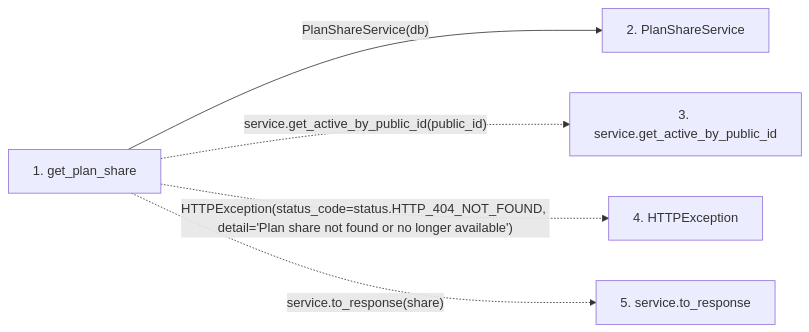
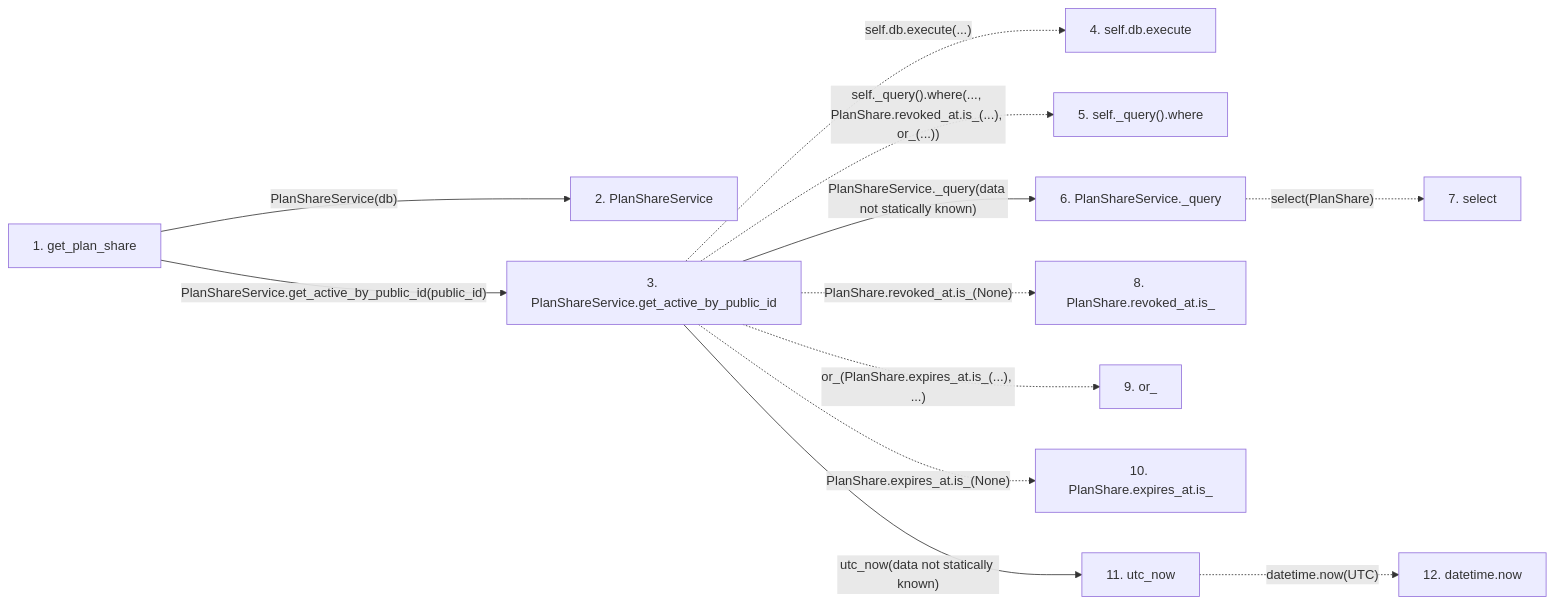
Before and after one commit to Denissvgn/WorkChord: the second of 2 diagrams in docs/llm_wiki/flows/http-get_plan_share.md, drawn with Mermaid. The commit also changed other lines of this file and 25171 other files, not shown here.

````diff
--- a/docs/llm_wiki/flows/http-get_plan_share.md
+++ b/docs/llm_wiki/flows/http-get_plan_share.md
@@ -26,14 +80,31 @@
 ```mermaid
 flowchart LR
     s1["1. get_plan_share"]
     s2["2. PlanShareService"]
-    s3["3. service.get_active_by_public_id"]
-    s4["4. HTTPException"]
-    s5["5. service.to_response"]
+    s3["3. PlanShareService.get_active_by_public_id"]
+    s4["4. self.db.execute"]
+    s5["5. self._query().where"]
+    s6["6. PlanShareService._query"]
+    s7["7. select"]
+    s8["8. PlanShare.revoked_at.is_"]
+    s9["9. or_"]
+    s10["10. PlanShare.expires_at.is_"]
+    s11["11. utc_now"]
+    s12["12. datetime.now"]
     s1 -->|"PlanShareService(db)"| s2
-    s1 -. "service.get_active_by_public_id(public_id)" .-> s3
-    s1 -. "HTTPException(status_code=status.HTTP_404_NOT_FOUND, detail='Plan share not found or no longer available')" .-> s4
-    s1 -. "service.to_response(share)" .-> s5
+    s1 -->|"PlanShareService.get_active_by_public_id(public_id)"| s3
+    s3 -. "self.db.execute(...)" .-> s4
+    s3 -. "self._query().where(..., PlanShare.revoked_at.is_(...), or_(...))" .-> s5
+    s3 -->|"PlanShareService._query(data not statically known)"| s6
+    s6 -. "select(PlanShare)" .-> s7
+    s3 -. "PlanShare.revoked_at.is_(None)" .-> s8
+    s3 -. "or_(PlanShare.expires_at.is_(...), ...)" .-> s9
+    s3 -. "PlanShare.expires_at.is_(None)" .-> s10
+    s3 -->|"utc_now(data not statically known)"| s11
+    s11 -. "datetime.now(UTC)" .-> s12
     click s1 "../modules/plan_shares.md"
     click s2 "../modules/plan_share_service.md"
+    click s3 "../modules/plan_share_service.md"
+    click s6 "../modules/plan_share_service.md"
+    click s11 "../modules/time.md"
 ```
````
